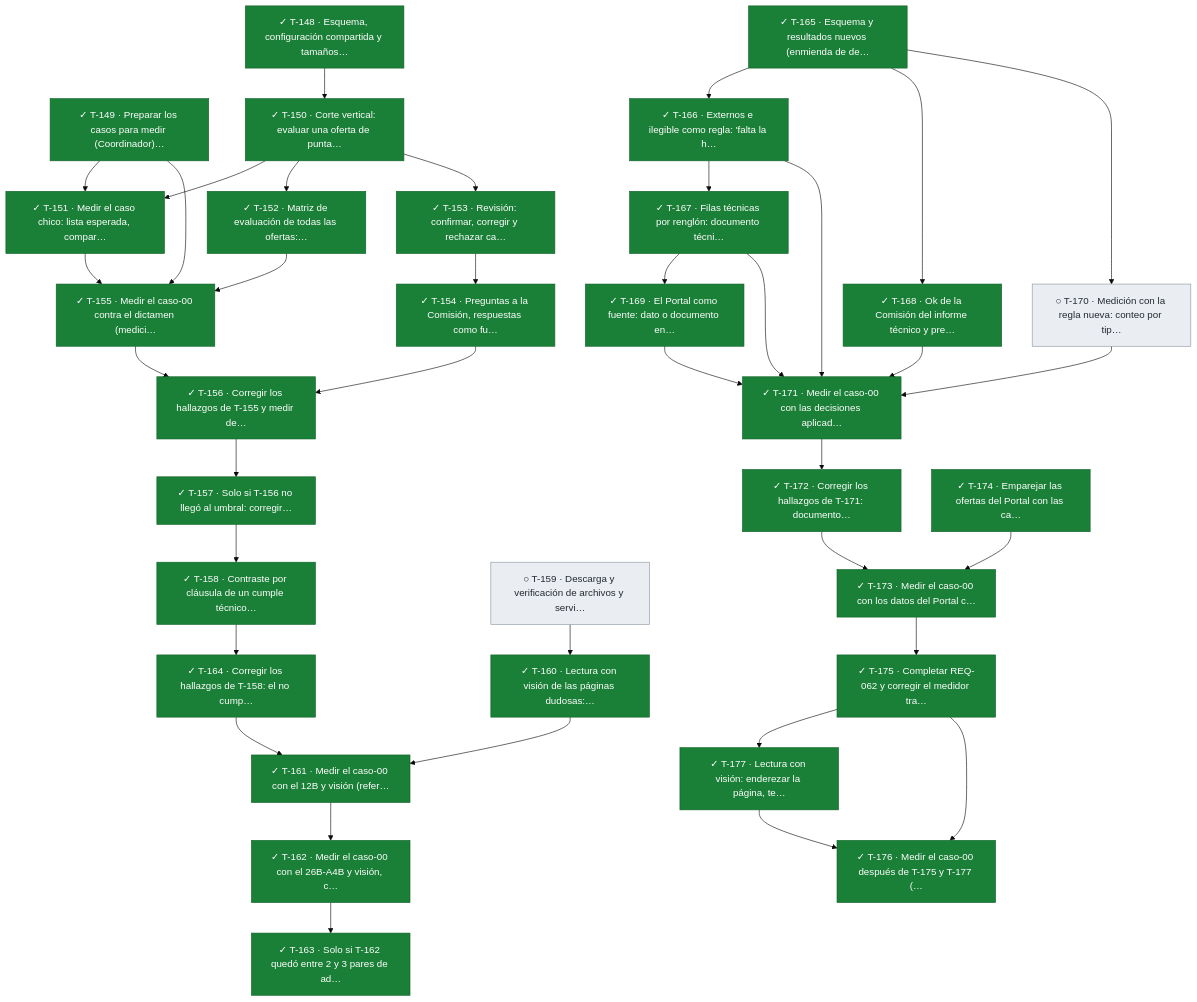
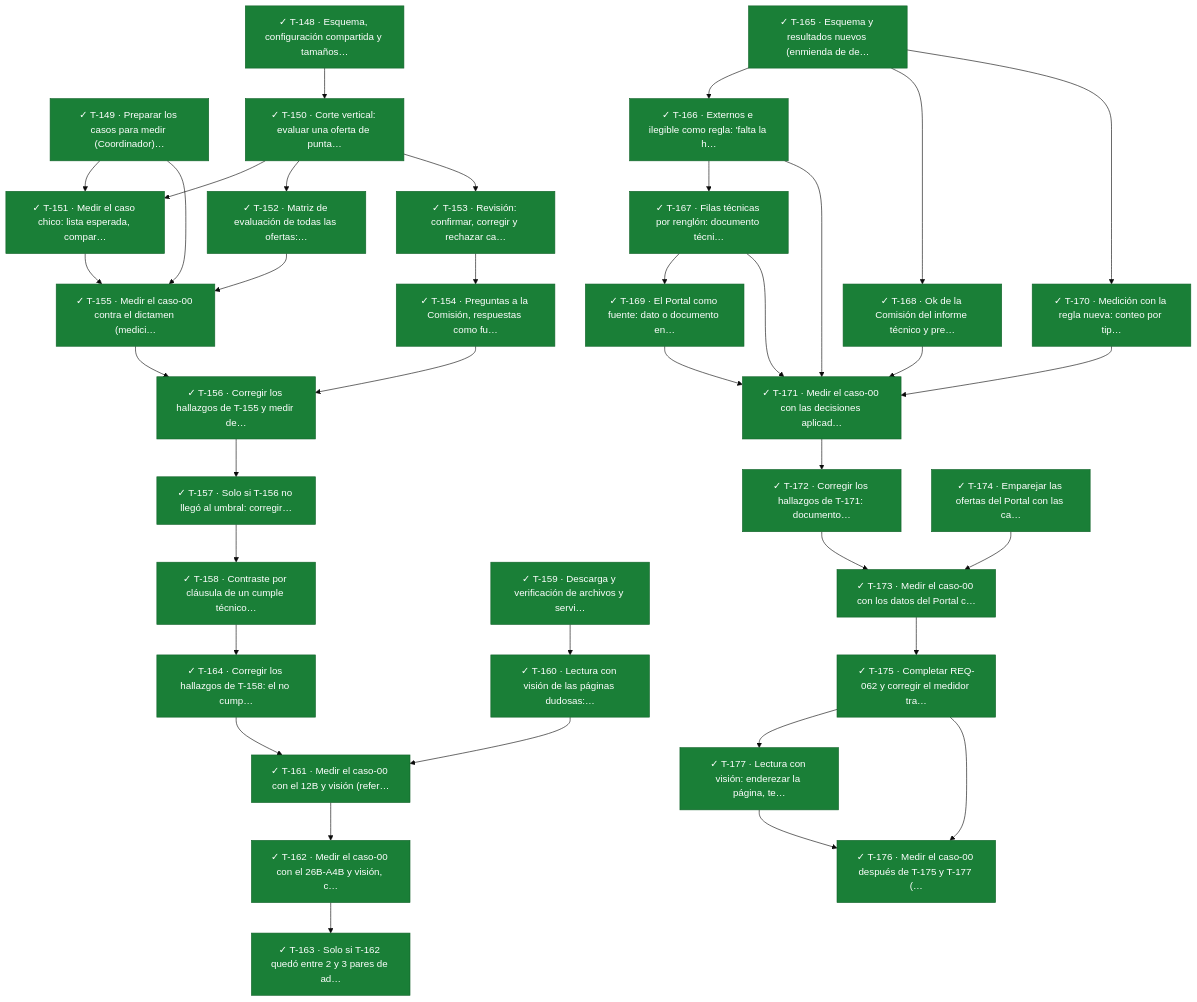
The seventh of 11 diagrams in docs/tablero.md (snavello/EVALUON), drawn with Mermaid (base theme) before and after one commit. The commit also changed other lines of this file and 3 other files, not shown here.

````diff
--- a/docs/tablero.md
+++ b/docs/tablero.md
@@ -705,74 +705,74 @@
 ```mermaid
 flowchart TD
   T148["✓ T-148 · Esquema, configuración compartida y tamaños…"]:::done
   T149["✓ T-149 · Preparar los casos para medir (Coordinador)…"]:::done
   T150["✓ T-150 · Corte vertical: evaluar una oferta de punta…"]:::done
   T151["✓ T-151 · Medir el caso chico: lista esperada, compar…"]:::done
   T152["✓ T-152 · Matriz de evaluación de todas las ofertas:…"]:::done
   T153["✓ T-153 · Revisión: confirmar, corregir y rechazar ca…"]:::done
   T154["✓ T-154 · Preguntas a la Comisión, respuestas como fu…"]:::done
   T155["✓ T-155 · Medir el caso-00 contra el dictamen (medici…"]:::done
   T156["✓ T-156 · Corregir los hallazgos de T-155 y medir de…"]:::done
   T157["✓ T-157 · Solo si T-156 no llegó al umbral: corregir…"]:::done
   T158["✓ T-158 · Contraste por cláusula de un cumple técnico…"]:::done
   T164["✓ T-164 · Corregir los hallazgos de T-158: el no cump…"]:::done
-  T159["○ T-159 · Descarga y verificación de archivos y servi…"]:::todo
+  T159["✓ T-159 · Descarga y verificación de archivos y servi…"]:::done
   T160["✓ T-160 · Lectura con visión de las páginas dudosas:…"]:::done
   T161["✓ T-161 · Medir el caso-00 con el 12B y visión (refer…"]:::done
   T162["✓ T-162 · Medir el caso-00 con el 26B-A4B y visión, c…"]:::done
   T163["✓ T-163 · Solo si T-162 quedó entre 2 y 3 pares de ad…"]:::done
   T165["✓ T-165 · Esquema y resultados nuevos (enmienda de de…"]:::done
   T166["✓ T-166 · Externos e ilegible como regla: 'falta la h…"]:::done
   T167["✓ T-167 · Filas técnicas por renglón: documento técni…"]:::done
   T168["✓ T-168 · Ok de la Comisión del informe técnico y pre…"]:::done
   T169["✓ T-169 · El Portal como fuente: dato o documento en…"]:::done
-  T170["○ T-170 · Medición con la regla nueva: conteo por tip…"]:::todo
+  T170["✓ T-170 · Medición con la regla nueva: conteo por tip…"]:::done
   T171["✓ T-171 · Medir el caso-00 con las decisiones aplicad…"]:::done
   T172["✓ T-172 · Corregir los hallazgos de T-171: documento…"]:::done
   T173["✓ T-173 · Medir el caso-00 con los datos del Portal c…"]:::done
   T174["✓ T-174 · Emparejar las ofertas del Portal con las ca…"]:::done
   T175["✓ T-175 · Completar REQ-062 y corregir el medidor tra…"]:::done
   T177["✓ T-177 · Lectura con visión: enderezar la página, te…"]:::done
   T176["✓ T-176 · Medir el caso-00 después de T-175 y T-177 (…"]:::done
   T148 --> T150
   T149 --> T151
   T150 --> T151
   T150 --> T152
   T150 --> T153
   T153 --> T154
   T149 --> T155
   T151 --> T155
   T152 --> T155
   T154 --> T156
   T155 --> T156
   T156 --> T157
   T157 --> T158
   T158 --> T164
   T159 --> T160
   T160 --> T161
   T164 --> T161
   T161 --> T162
   T162 --> T163
   T165 --> T166
   T166 --> T167
   T165 --> T168
   T167 --> T169
   T165 --> T170
   T166 --> T171
   T167 --> T171
   T168 --> T171
   T169 --> T171
   T170 --> T171
   T171 --> T172
   T172 --> T173
   T174 --> T173
   T173 --> T175
   T175 --> T177
   T175 --> T176
   T177 --> T176
   classDef done fill:#1a7f37,stroke:#116329,color:#ffffff
   classDef review fill:#0969da,stroke:#0550ae,color:#ffffff
   classDef active fill:#bf8700,stroke:#7d4e00,color:#ffffff
   classDef blocked fill:#cf222e,stroke:#a40e26,color:#ffffff
   classDef todo fill:#eaeef2,stroke:#8c959f,color:#24292f
 ```
````
